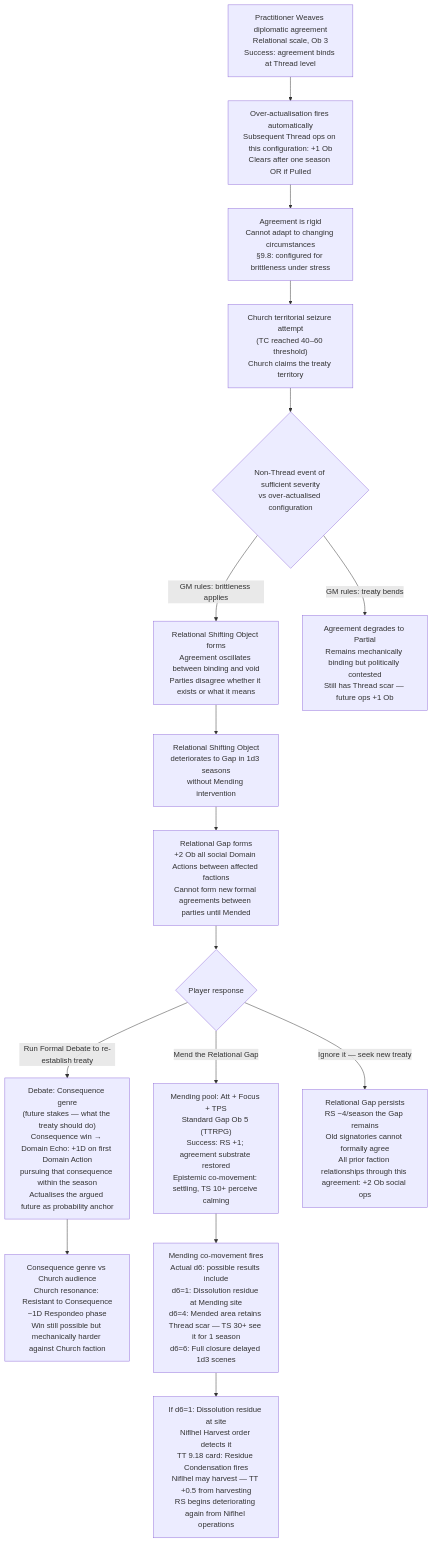
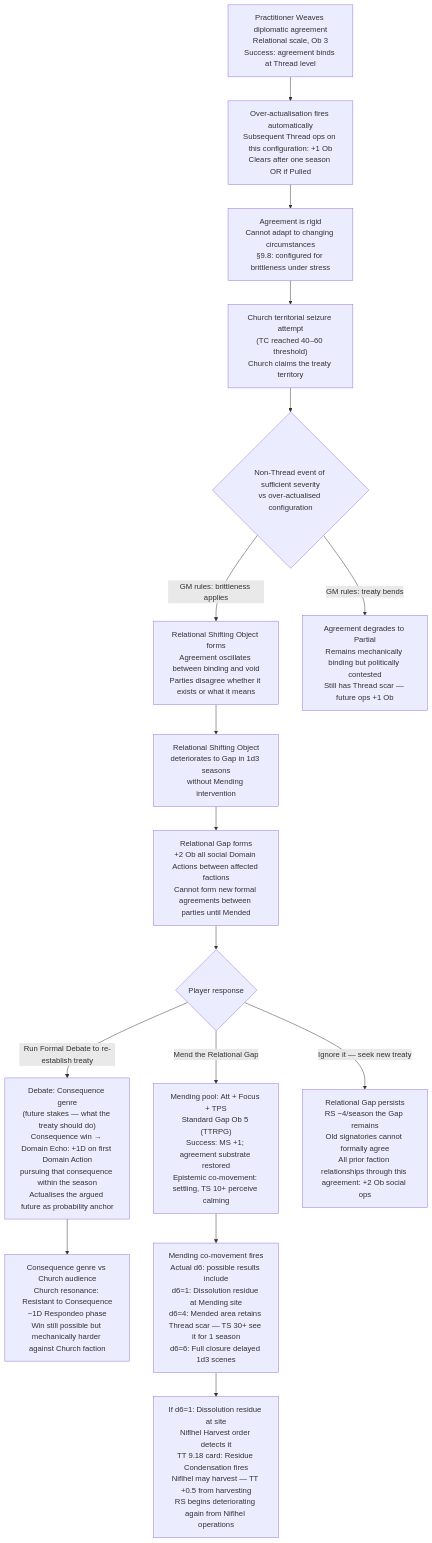
The first of 4 diagrams in designs/arcs/emergent_arcs_experimental.md (jordanelias/ttrpg), drawn with Mermaid before and after one commit. The commit also changed other lines of this file and 40 other files, not shown here.

````diff
--- a/designs/arcs/emergent_arcs_experimental.md
+++ b/designs/arcs/emergent_arcs_experimental.md
@@ -21,22 +21,22 @@
 ```mermaid
 flowchart TD
     A["Practitioner Weaves diplomatic agreement\nRelational scale, Ob 3\nSuccess: agreement binds at Thread level"] --> B["Over-actualisation fires automatically\nSubsequent Thread ops on this configuration: +1 Ob\nClears after one season OR if Pulled"]
     B --> C["Agreement is rigid\nCannot adapt to changing circumstances\n§9.8: configured for brittleness under stress"]
     
     C --> D["Church territorial seizure attempt\n(TC reached 40–60 threshold)\nChurch claims the treaty territory"]
     D --> E{Non-Thread event of sufficient severity\nvs over-actualised configuration}
     E -->|"GM rules: brittleness applies"| F["Relational Shifting Object forms\nAgreement oscillates between binding and void\nParties disagree whether it exists or what it means"]
     E -->|"GM rules: treaty bends"| G["Agreement degrades to Partial\nRemains mechanically binding but politically contested\nStill has Thread scar — future ops +1 Ob"]
     
     F --> H["Relational Shifting Object\ndeteriorates to Gap in 1d3 seasons\nwithout Mending intervention"]
     H --> I["Relational Gap forms\n+2 Ob all social Domain Actions between affected factions\nCannot form new formal agreements between parties until Mended"]
     
     I --> J{Player response}
-    J -->|"Mend the Relational Gap"| K["Mending pool: Att + Focus + TPS\nStandard Gap Ob 5 (TTRPG)\nSuccess: RS +1; agreement substrate restored\nEpistemic co-movement: settling, TS 10+ perceive calming"]
+    J -->|"Mend the Relational Gap"| K["Mending pool: Att + Focus + TPS\nStandard Gap Ob 5 (TTRPG)\nSuccess: MS +1; agreement substrate restored\nEpistemic co-movement: settling, TS 10+ perceive calming"]
     J -->|"Run Formal Debate to re-establish treaty"| L["Debate: Consequence genre\n(future stakes — what the treaty should do)\nConsequence win → Domain Echo: +1D on first Domain Action\npursuing that consequence within the season\nActualises the argued future as probability anchor"]
     J -->|"Ignore it — seek new treaty"| M["Relational Gap persists\nRS −4/season the Gap remains\nOld signatories cannot formally agree\nAll prior faction relationships through this agreement: +2 Ob social ops"]
     
     L --> N["Consequence genre vs Church audience\nChurch resonance: Resistant to Consequence\n−1D Respondeo phase\nWin still possible but mechanically harder against Church faction"]
     K --> O["Mending co-movement fires\nActual d6: possible results include\nd6=1: Dissolution residue at Mending site\nd6=4: Mended area retains Thread scar — TS 30+ see it for 1 season\nd6=6: Full closure delayed 1d3 scenes"]
     O --> P["If d6=1: Dissolution residue at site\nNiflhel Harvest order detects it\nTT 9.18 card: Residue Condensation fires\nNiflhel may harvest — TT +0.5 from harvesting\nRS begins deteriorating again from Niflhel operations"]
 ```
````
